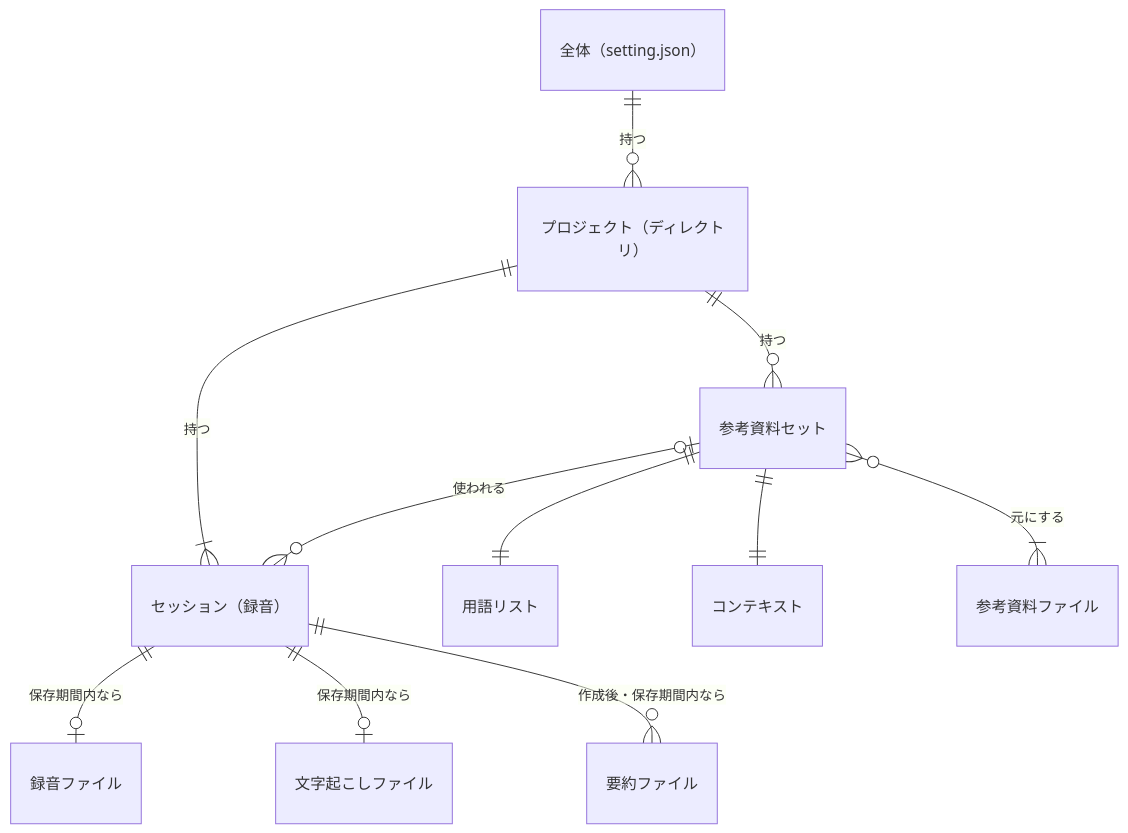
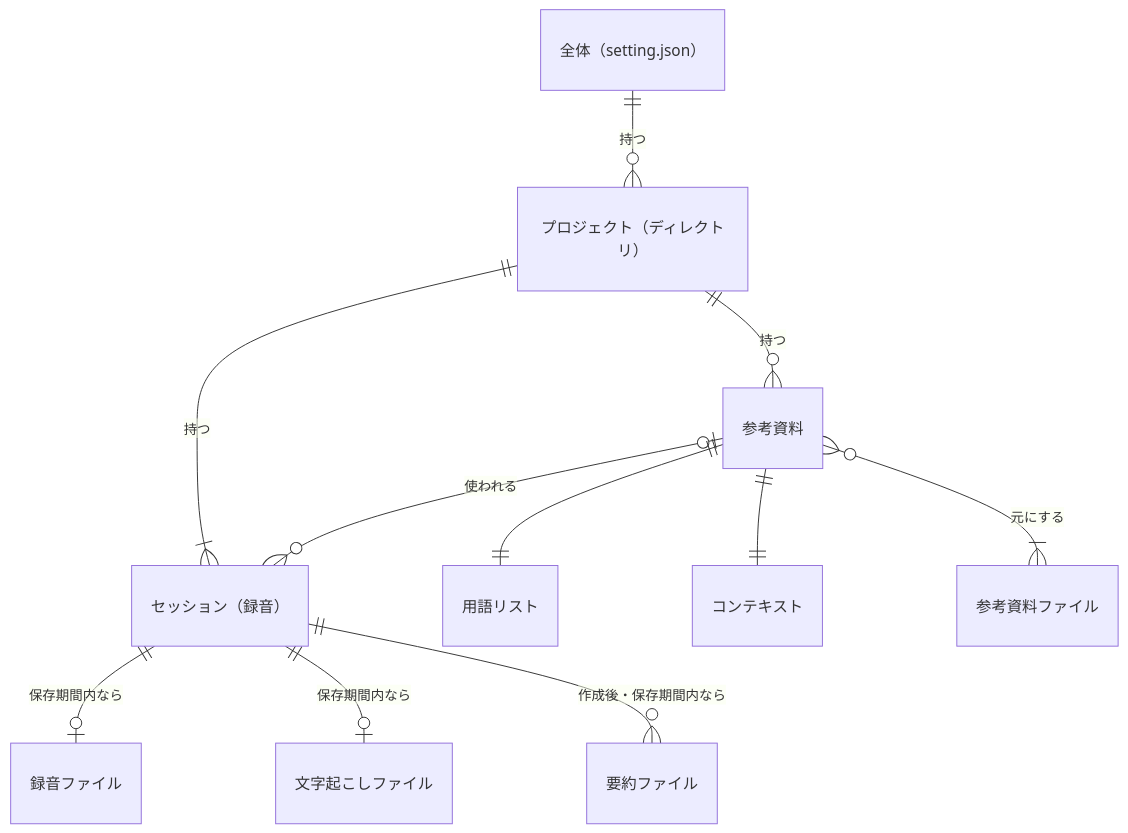
Before and after one commit to Studio-Takumi/remote-whisper: the diagram in docs/spec/data-model.md, drawn with Mermaid. The commit also changed other lines of this file and 6 other files, not shown here.

````diff
--- a/docs/spec/data-model.md
+++ b/docs/spec/data-model.md
@@ -5,24 +5,24 @@
 ```mermaid
 erDiagram
   ALL["全体（setting.json）"]
   PROJECT["プロジェクト（ディレクトリ）"]
   SESSION["セッション（録音）"]
   RECORDING["録音ファイル"]
   TRANSCRIPT["文字起こしファイル"]
   SUMMARY["要約ファイル"]
-  CSET["参考資料セット"]
+  CSET["参考資料"]
   HOTWORDS["用語リスト"]
   CONTEXT["コンテキスト"]
   MATERIAL["参考資料ファイル"]
 
   ALL ||--o{ PROJECT : "持つ"
   PROJECT ||--|{ SESSION : "持つ"
   PROJECT ||--o{ CSET : "持つ"
   CSET |o--o{ SESSION : "使われる"
   SESSION ||--o| RECORDING : "保存期間内なら"
   SESSION ||--o| TRANSCRIPT : "保存期間内なら"
   SESSION ||--o{ SUMMARY : "作成後・保存期間内なら"
   CSET ||--|| HOTWORDS : ""
   CSET ||--|| CONTEXT : ""
   CSET }o--|{ MATERIAL : "元にする"
 ```
````
